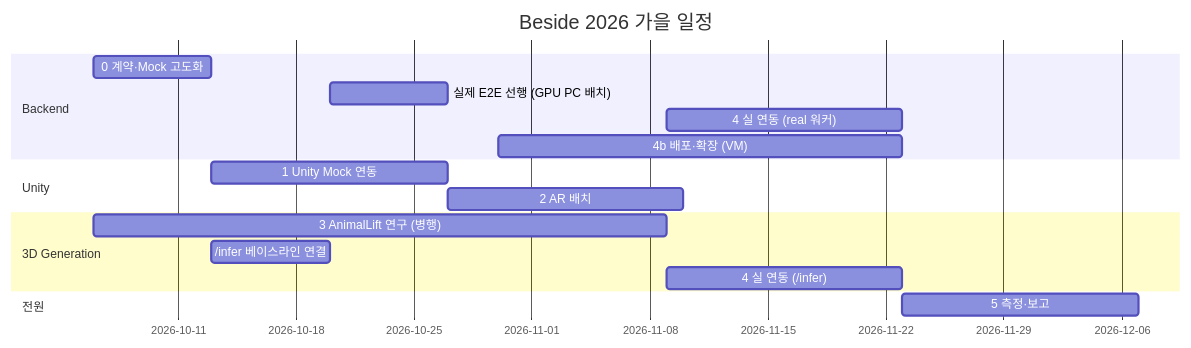
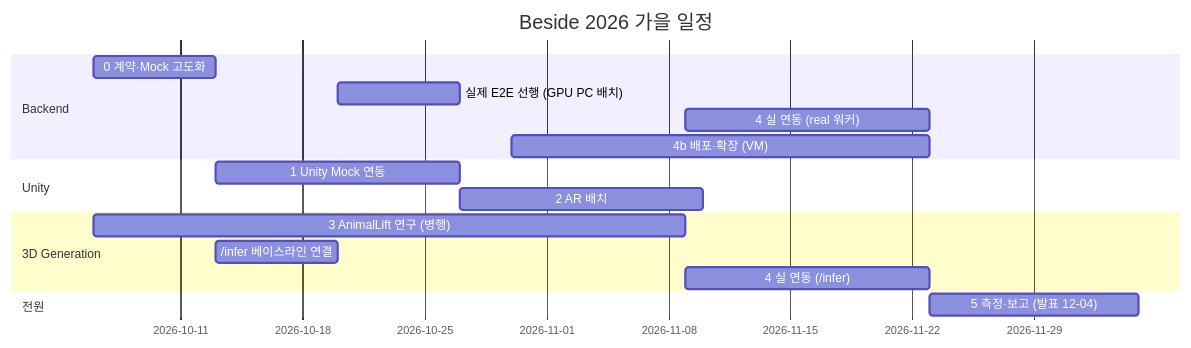
One commit to minwoo3717/Beside changed the diagram in docs/PLAN.md. Above: the diagram before and after it, drawn with Mermaid. The commit also changed other lines of this file and 2 other files, not shown here.

````diff
--- a/docs/PLAN.md
+++ b/docs/PLAN.md
@@ -17,19 +17,19 @@
 ```mermaid
 gantt
     dateFormat  YYYY-MM-DD
     title Beside 2026 가을 일정
     section Backend
     0 계약·Mock 고도화        :s0, 2026-10-06, 7d
     실제 E2E 선행 (GPU PC 배치) :s4a, 2026-10-20, 7d
     4 실 연동 (real 워커)      :s4b, 2026-11-09, 14d
     4b 배포·확장 (VM)          :s4c, 2026-10-30, 24d
     section Unity
     1 Unity Mock 연동          :s1, 2026-10-13, 14d
     2 AR 배치                  :s2, 2026-10-27, 14d
     section 3D Generation
     3 AnimalLift 연구 (병행)   :s3, 2026-10-06, 34d
     /infer 베이스라인 연결      :s3b, 2026-10-13, 7d
     4 실 연동 (/infer)         :s4g, 2026-11-09, 14d
     section 전원
-    5 측정·보고                :s5, 2026-11-23, 14d
+    5 측정·보고 (발표 12-04)   :s5, 2026-11-23, 12d
 ```
````
